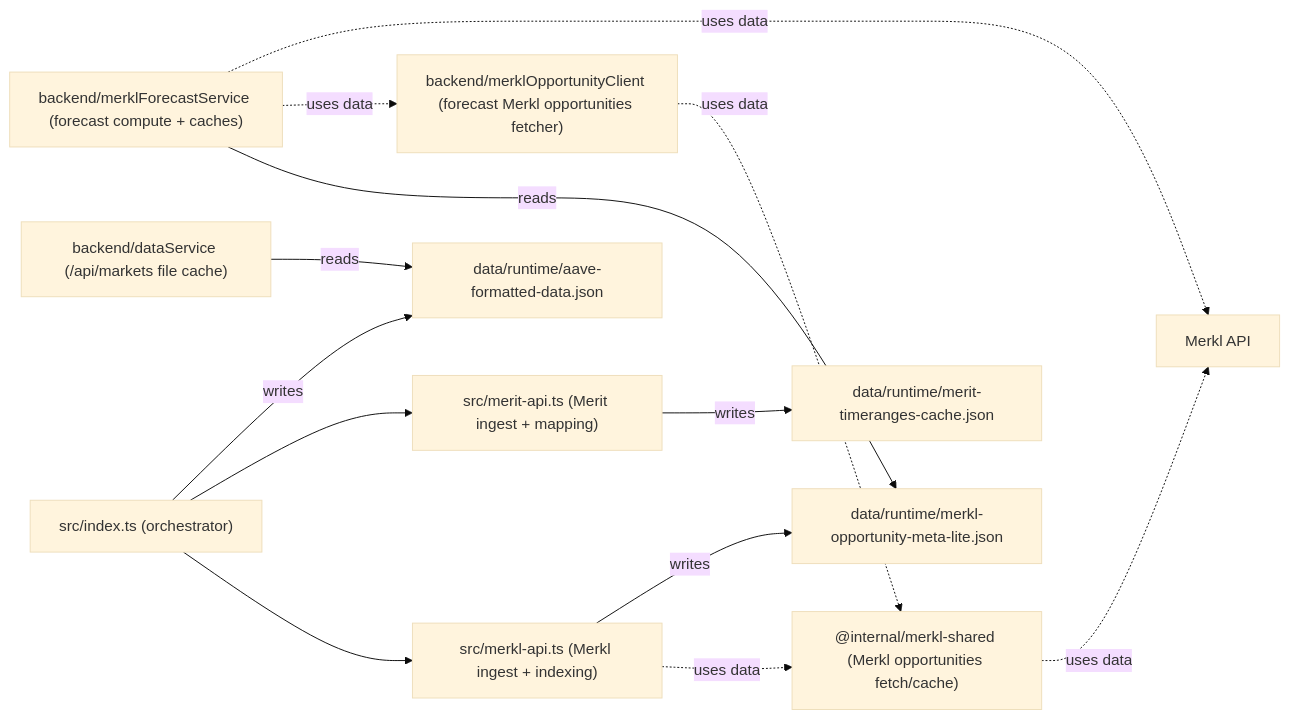
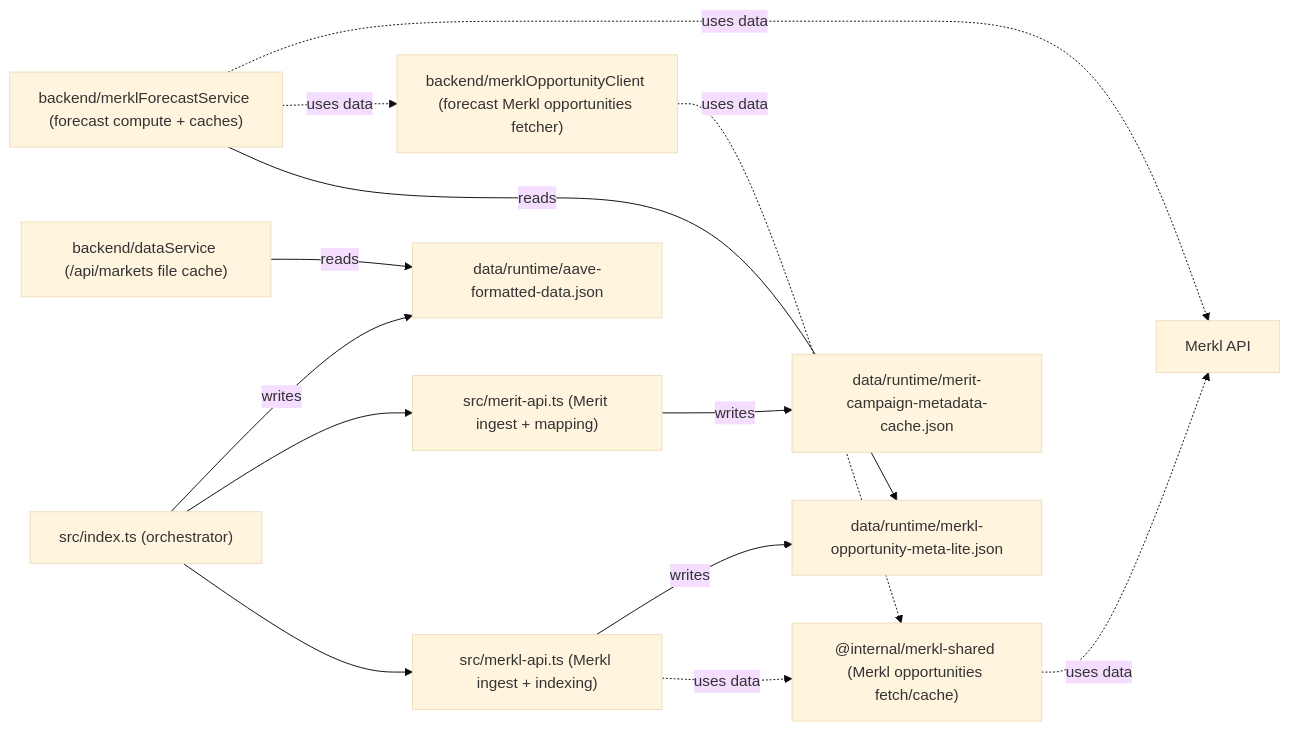
Before and after one commit to 0xPabloLI/aave-protocol-analysis: the first of 5 diagrams in docs/merkl-merit-cache-architecture.md, drawn with Mermaid (base theme). The commit also changed other lines of this file and 3 other files, not shown here.

Commit message:
Refine Merit round debug matching and metadata cache

````diff
--- a/docs/merkl-merit-cache-architecture.md
+++ b/docs/merkl-merit-cache-architecture.md
@@ -19,28 +19,28 @@
 ```mermaid
 flowchart LR
   IDX["src/index.ts (orchestrator)"]
   MERKL["src/merkl-api.ts (Merkl ingest + indexing)"]
   MERIT["src/merit-api.ts (Merit ingest + mapping)"]
   SHARED["@internal/merkl-shared (Merkl opportunities fetch/cache)"]
   DFS["backend/dataService (/api/markets file cache)"]
   FCS["backend/merklForecastService (forecast compute + caches)"]
   MOC["backend/merklOpportunityClient (forecast Merkl opportunities fetcher)"]
   MKLITE["data/runtime/merkl-opportunity-meta-lite.json"]
   MARKETS["data/runtime/aave-formatted-data.json"]
-  TIMER["data/runtime/merit-timeranges-cache.json"]
+  TIMER["data/runtime/merit-campaign-metadata-cache.json"]
   MERKLAPI["Merkl API"]
 
   IDX --> MERKL
   IDX --> MERIT
   MERKL -. "uses data" .-> SHARED
   SHARED -. "uses data" .-> MERKLAPI
   MERKL -- "writes" --> MKLITE
   IDX -- "writes" --> MARKETS
   MERIT -- "writes" --> TIMER
 
   DFS -- "reads" --> MARKETS
   FCS -- "reads" --> MKLITE
   FCS -. "uses data" .-> MOC
   MOC -. "uses data" .-> SHARED
   FCS -. "uses data" .-> MERKLAPI
 ```
````
